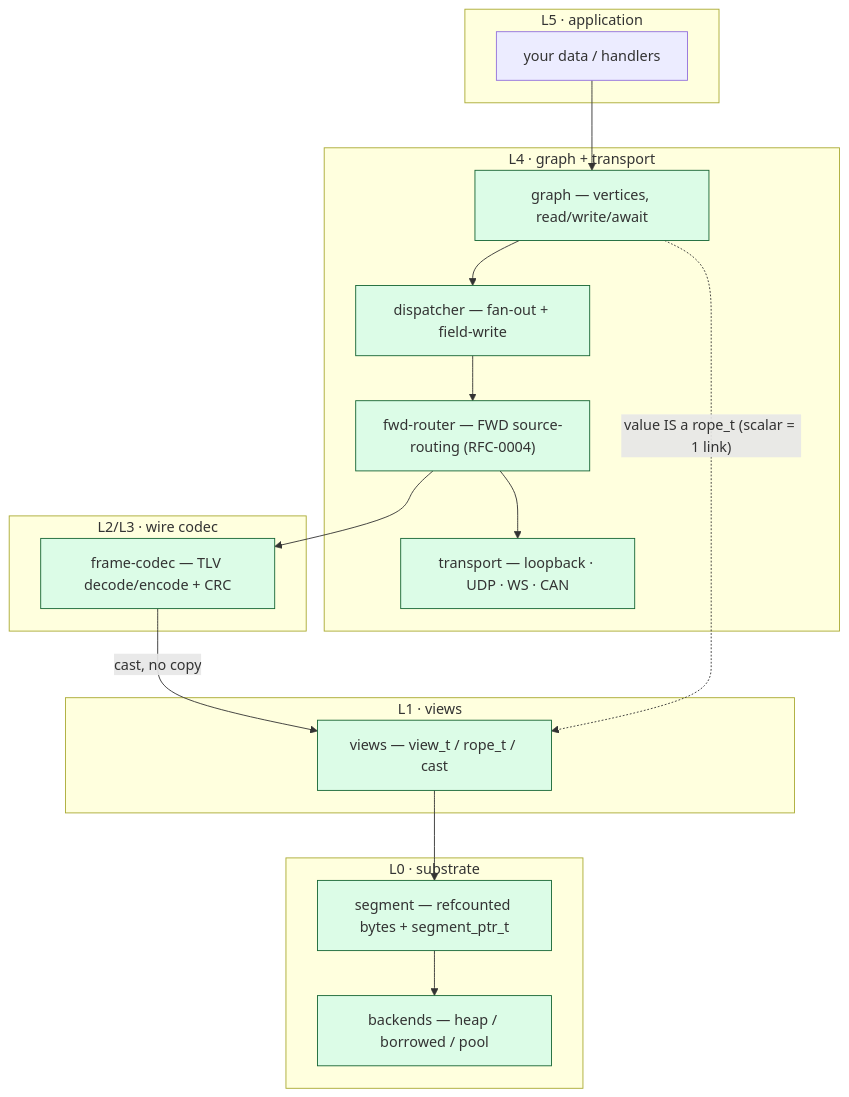
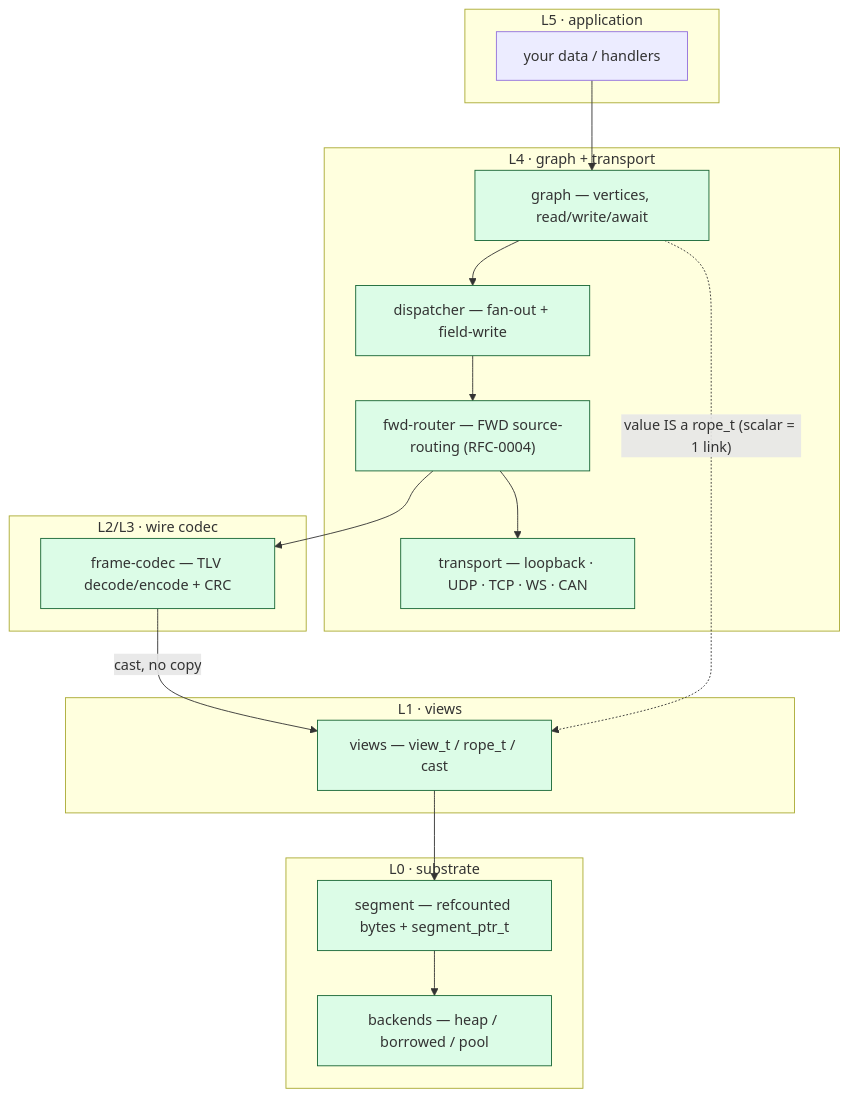
The diagram in docs/modules/index.md (avatarsd-llc/libtracer), drawn with Mermaid before and after one commit. The commit also changed other lines of this file and 2 other files, not shown here.

Commit message:
docs: peripheral factual fixes — esp-idf Kconfig knob, transport list, reference/README staleness
Three verified corrections from the docs audit:

- integrations/esp-idf/README.md: add a Configuration section documenting
  CONFIG_LIBTRACER_VERTEX_LOCK_STRIPES (#459) — the int(1-256)/default-16 stripe
  knob, its heap cost (N lazily-allocated FreeRTOS mutexes ~90 B each + N condvars,
  paid once a graph_t exists), that it only affects control-plane contention (the
  lock-free LKV hot path is unaffected), and the single-core 4-8 guidance. The
  esp-idf CHANGELOG logged it but the README named zero CONFIG_LIBTRACER_* knobs.

- docs/modules/index.md: the transport list omitted TCP/QUIC/WebTransport (all
  implemented). Now "loopback · UDP · TCP · WS · CAN; QUIC / WebTransport opt-in"
  in both the module map and the L4 prose.

- docs/reference/README.md: the "Last revision: 2026-05-03" header was stale
  (sections 02/05/07/11/12/13 were revised through Jul 21). Replace the pinned
  date with a non-staling "actively maintained — sections revised through 2026-07
  (see git history)".

Docs-only; Sphinx builds clean.

Claude-Session: https://claude.ai/code/session_01Rh5c43X9YHcn7RUDEqaCRK

````diff
--- a/docs/modules/index.md
+++ b/docs/modules/index.md
@@ -12,32 +12,32 @@
 ```{mermaid}
 flowchart TB
     subgraph L5["L5 · application"]
         APP[your data / handlers]
     end
     subgraph L4["L4 · graph + transport"]
         GRAPH["graph — vertices, read/write/await"]
         DISP["dispatcher — fan-out + field-write"]
         FWD["fwd-router — FWD source-routing (RFC-0004)"]
-        TRANSPORT["transport — loopback · UDP · WS · CAN"]
+        TRANSPORT["transport — loopback · UDP · TCP · WS · CAN"]
     end
     subgraph L23["L2/L3 · wire codec"]
         FRAME["frame-codec — TLV decode/encode + CRC"]
     end
     subgraph L1["L1 · views"]
         VIEWS["views — view_t / rope_t / cast"]
     end
     subgraph L0["L0 · substrate"]
         SEG["segment — refcounted bytes + segment_ptr_t"]
         BACK["backends — heap / borrowed / pool"]
     end
 
     APP --> GRAPH
     GRAPH --> DISP --> FWD
     FWD --> FRAME
     FWD --> TRANSPORT
     GRAPH -. "value IS a rope_t (scalar = 1 link)" .-> VIEWS
     FRAME -- "cast, no copy" --> VIEWS
     VIEWS --> SEG --> BACK
     classDef done fill:#dcfce7,stroke:#166534;
     class FRAME,VIEWS,SEG,BACK,GRAPH,DISP,FWD,TRANSPORT done;
 ```
````
